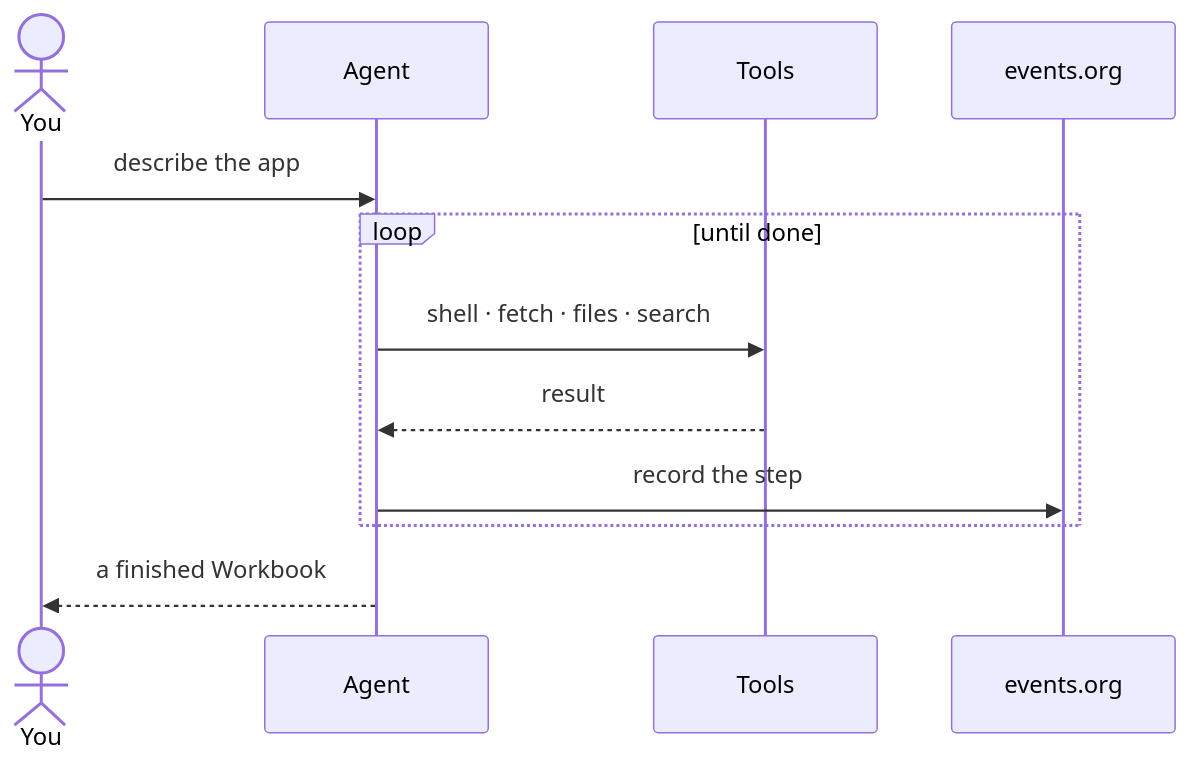
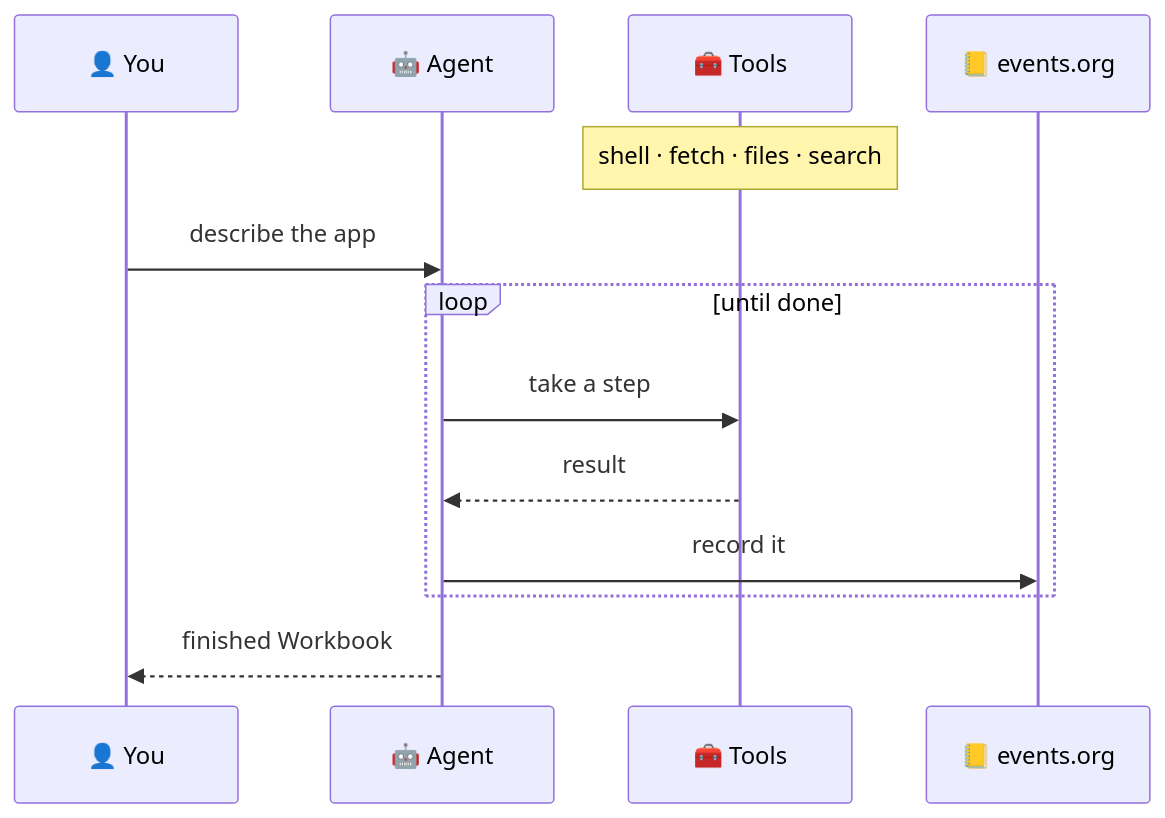
The third of 4 diagrams in README.md (workbooks-sh/workbooks.sh), drawn with Mermaid before and after one commit. The commit also changed other lines of this file, not shown here.

Commit message:
docs(readme): clean up How-it-works sequences — drop stick figures, add emoji icons, tighten

````diff
--- a/README.md
+++ b/README.md
@@ -125,15 +125,16 @@
 ```mermaid
 sequenceDiagram
-    actor You
-    participant Agent
-    participant Tools
-    participant Log as events.org
+    participant You as 👤 You
+    participant Agent as 🤖 Agent
+    participant Tools as 🧰 Tools
+    participant Log as 📒 events.org
 
+    Note over Tools: shell · fetch · files · search
     You->>Agent: describe the app
     loop until done
-        Agent->>Tools: shell · fetch · files · search
+        Agent->>Tools: take a step
         Tools-->>Agent: result
-        Agent->>Log: record the step
+        Agent->>Log: record it
     end
-    Agent-->>You: a finished Workbook
+    Agent-->>You: finished Workbook
 ```
````
